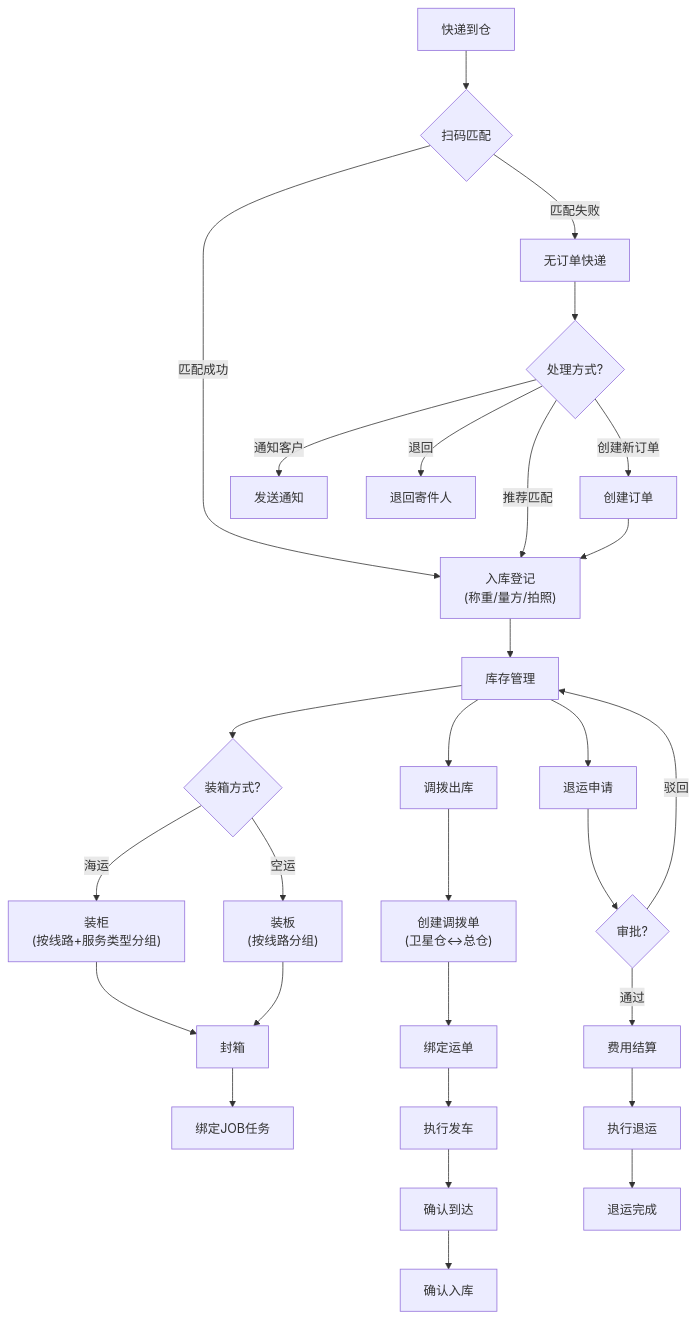
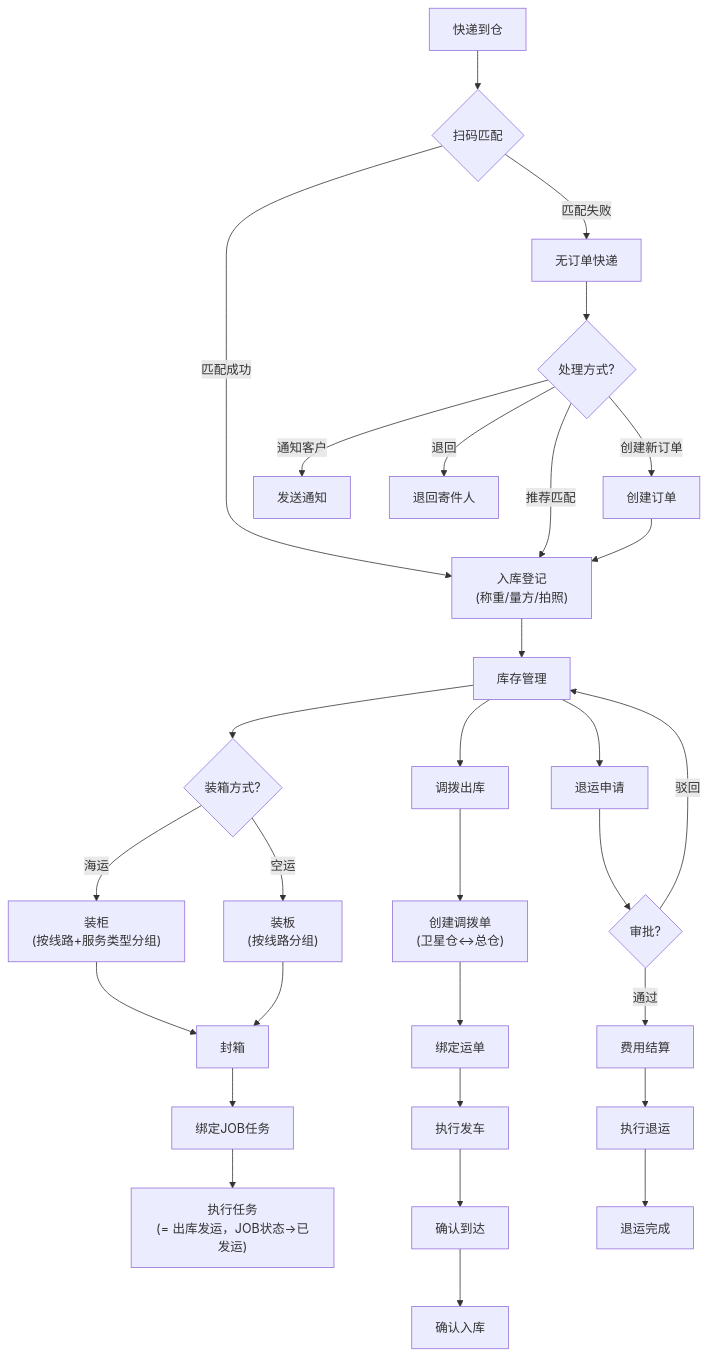
One commit to Yitiaoyu686/logistics-app changed the tenth of 27 diagrams in .kiro/specs/full-system-requirements/modules/00-系统总体需求规格说明书-20260408.md. Above: the diagram before and after it, drawn with Mermaid. The commit also changed other lines of this file, not shown here.

````diff
--- a/.kiro/specs/full-system-requirements/modules/00-系统总体需求规格说明书-20260408.md
+++ b/.kiro/specs/full-system-requirements/modules/00-系统总体需求规格说明书-20260408.md
@@ -491,32 +500,33 @@
 ```mermaid
 graph TD
     EXPRESS["快递到仓"] --> SCAN{"扫码匹配"}
     SCAN -->|匹配成功| INBOUND["入库登记<br/>(称重/量方/拍照)"]
     SCAN -->|匹配失败| NO_ORDER["无订单快递"]
     
     NO_ORDER --> MATCH{"处理方式?"}
     MATCH -->|推荐匹配| INBOUND
     MATCH -->|创建新订单| CREATE_ORDER["创建订单"] --> INBOUND
     MATCH -->|通知客户| NOTIFY["发送通知"]
     MATCH -->|退回| RETURN_NO["退回寄件人"]
     
     INBOUND --> STOCK["库存管理"]
     
     STOCK --> PACK{"装箱方式?"}
     PACK -->|海运| CONTAINER["装柜<br/>(按线路+服务类型分组)"]
     PACK -->|空运| PALLET["装板<br/>(按线路分组)"]
     
     CONTAINER --> SEAL["封箱"] --> BIND_JOB["绑定JOB任务"]
     PALLET --> SEAL
+    BIND_JOB --> EXEC_TASK["执行任务<br/>(= 出库发运，JOB状态→已发运)"]
     
     STOCK --> TRANSFER_OUT["调拨出库"]
     TRANSFER_OUT --> CREATE_TRANSFER["创建调拨单<br/>(卫星仓↔总仓)"]
     CREATE_TRANSFER --> BIND_WB["绑定运单"] --> EXECUTE["执行发车"]
     EXECUTE --> ARRIVE["确认到达"] --> TRANSFER_IN["确认入库"]
     
     STOCK --> RETURN["退运申请"]
     RETURN --> APPROVE{"审批?"}
     APPROVE -->|通过| SETTLE["费用结算"]
     APPROVE -->|驳回| STOCK
     SETTLE --> EXEC_RETURN["执行退运"] --> COMPLETE["退运完成"]
 ```
````
